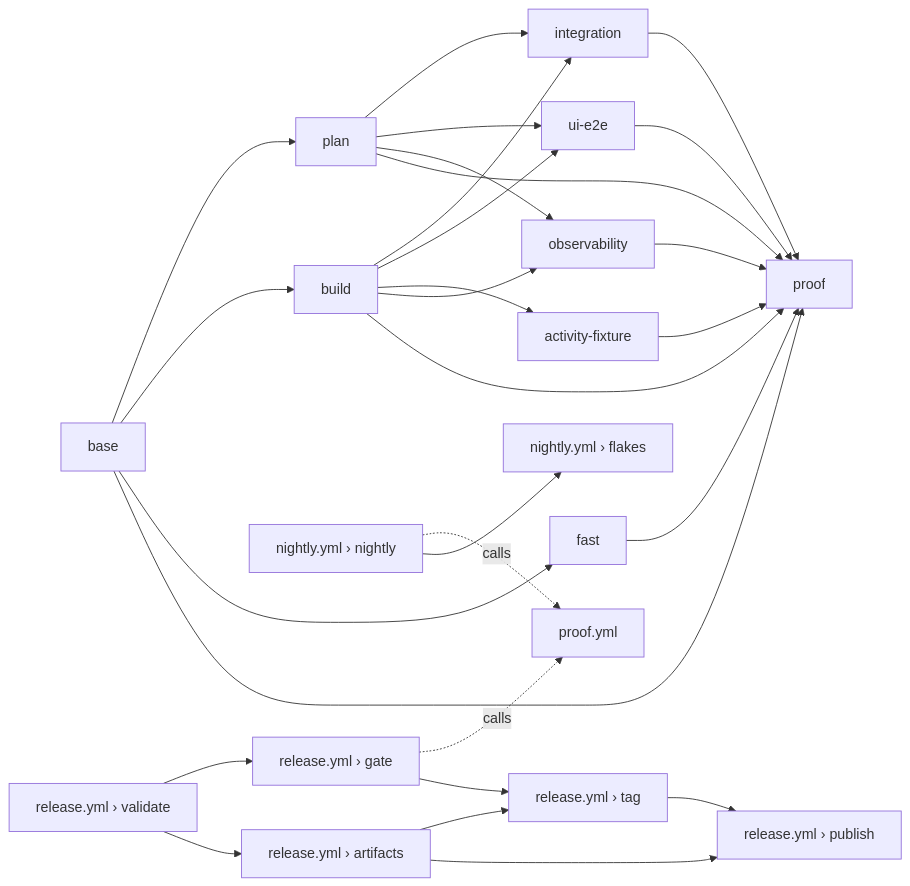
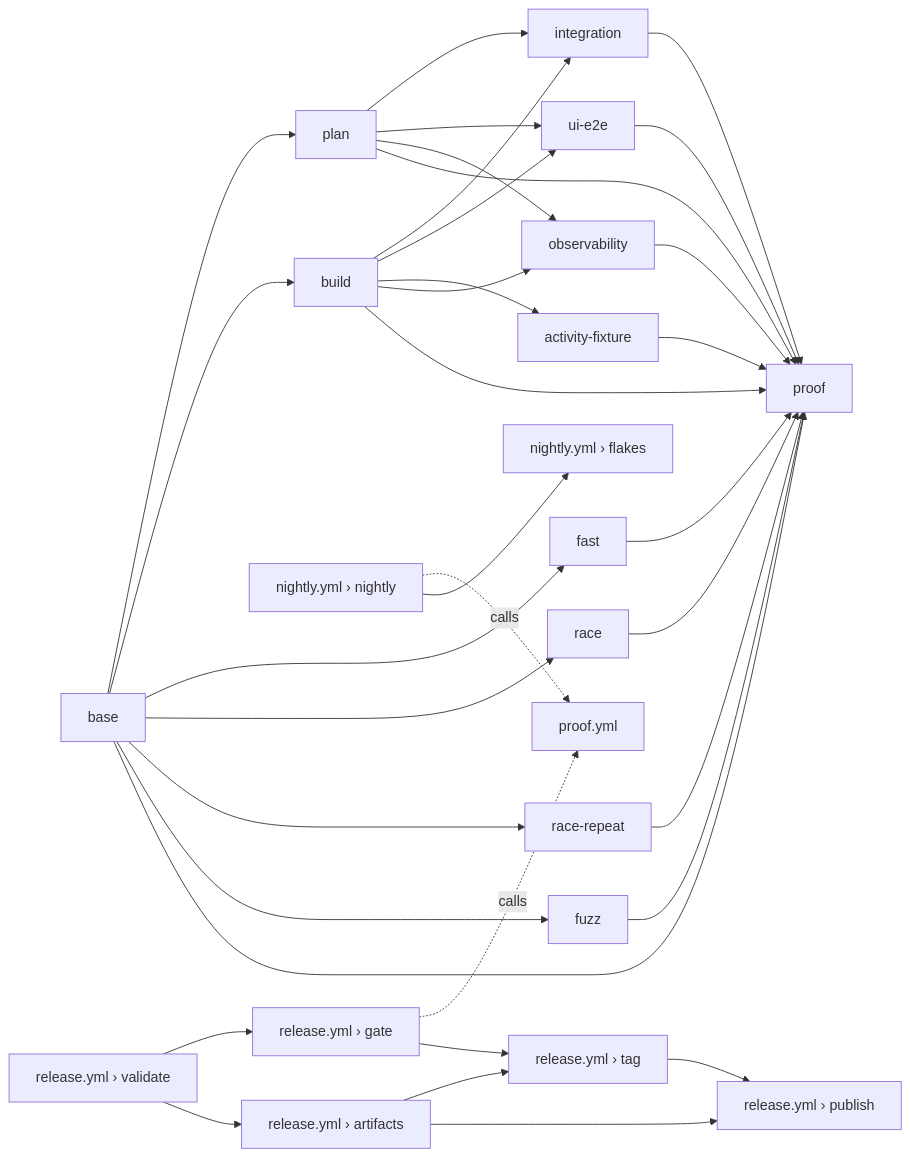
One commit to orkstack/orkstack changed the diagram in docs/PROOFS.md. Above: the diagram before and after it, drawn with Mermaid. The commit also changed other lines of this file and 22 other files, not shown here.

````diff
--- a/docs/PROOFS.md
+++ b/docs/PROOFS.md
@@ -389,13 +480,13 @@
 ```mermaid
 flowchart LR
-  base --> plan & build & fast
+  base --> plan & build & fast & race & race_repeat["race-repeat"] & fuzz
   plan --> integration & ui_e2e["ui-e2e"] & observability
   build --> integration & ui_e2e & activity_fixture["activity-fixture"] & observability
-  base & plan & build & fast & integration & ui_e2e & activity_fixture & observability --> proof
+  base & plan & build & fast & race & race_repeat & fuzz & integration & ui_e2e & activity_fixture & observability --> proof
   nightly["nightly.yml › nightly"] -. calls .-> callee["proof.yml"]
   gate["release.yml › gate"] -. calls .-> callee
   validate["release.yml › validate"] --> gate --> tag["release.yml › tag"]
   validate --> artifacts["release.yml › artifacts"] --> tag --> publish["release.yml › publish"]
   artifacts --> publish
   nightly --> flakes["nightly.yml › flakes"]
 ```
````
